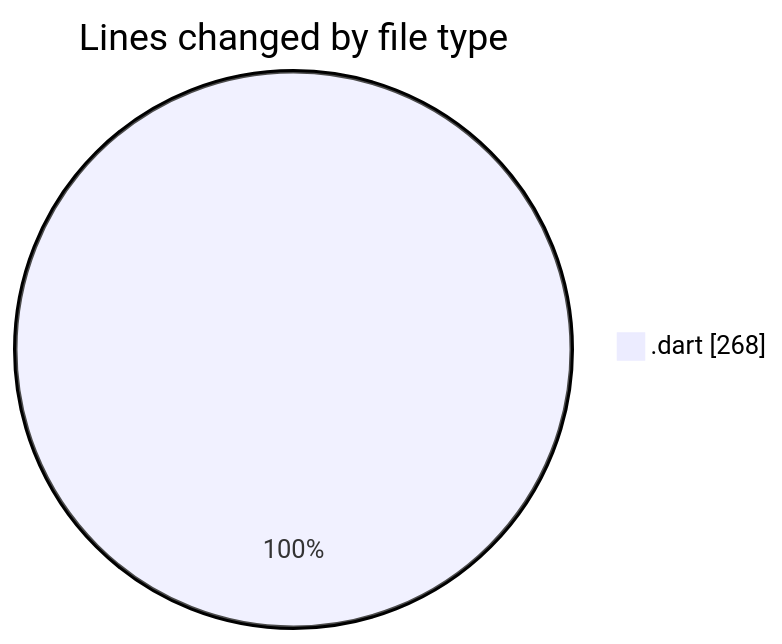
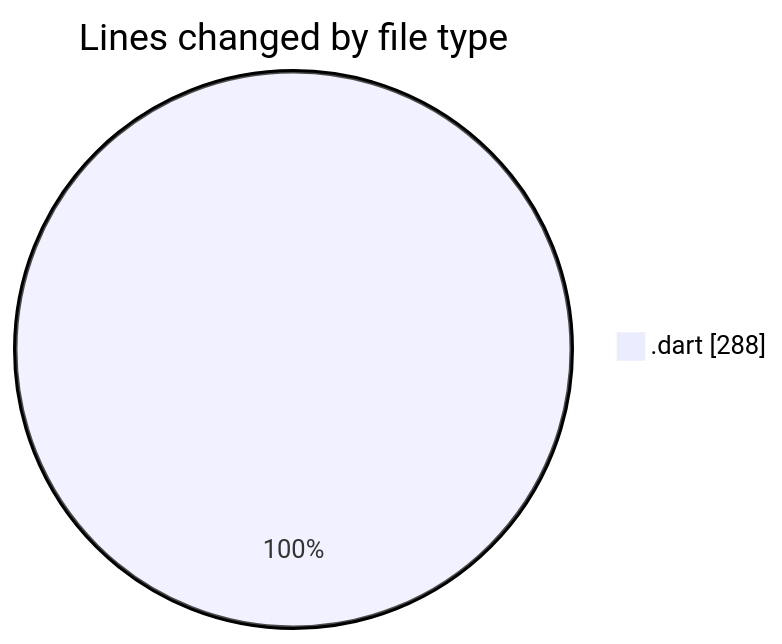
One commit to donsfak/code-tracking changed the first of 2 diagrams in 2025-03-25/wordle/README.md. Above: the diagram before and after it, drawn with Mermaid. The commit also changed other lines of this file and 1 other file, not shown here.

````diff
--- a/2025-03-25/wordle/README.md
+++ b/2025-03-25/wordle/README.md
@@ -26,5 +26,5 @@
 ```mermaid
 pie showData
 title Lines changed by file type
-".dart" : 268
+".dart" : 288
 ```
````
